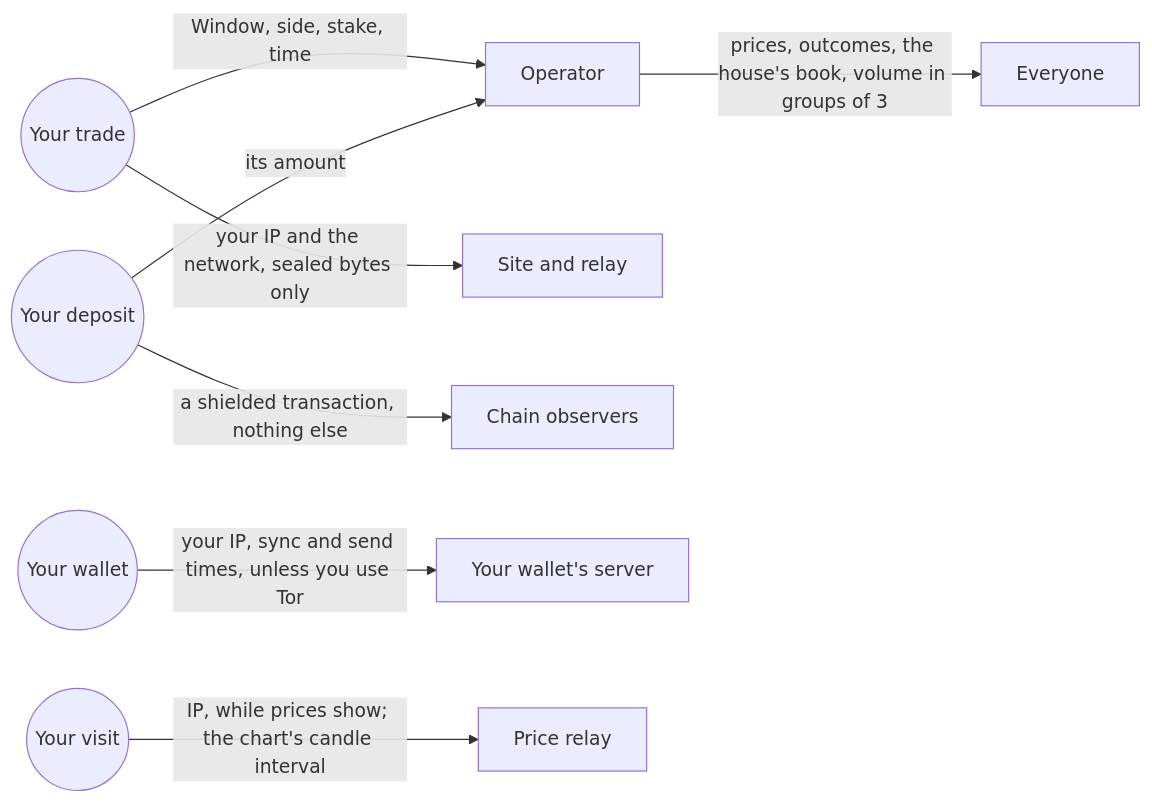
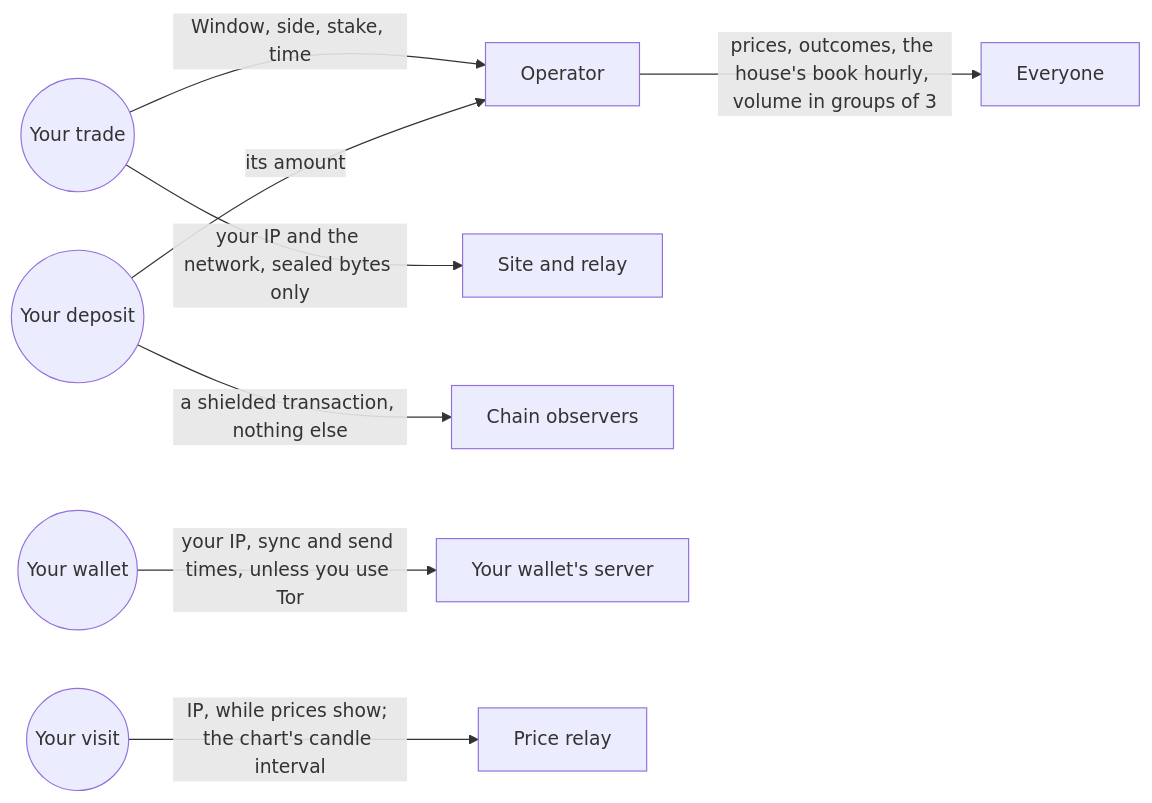
The fourth of 4 diagrams in apps/docs/content/docs/system-maps.mdx (Blockchain-Oracle/kakure), drawn with Mermaid before and after one commit. The commit also changed 8 other files, not shown here.

````diff
--- a/apps/docs/content/docs/system-maps.mdx
+++ b/apps/docs/content/docs/system-maps.mdx
@@ -77,10 +77,10 @@
 ```mermaid
 flowchart LR
   trade((Your trade)) -->|"Window, side, stake, time"| op[Operator]
   trade -->|"your IP and the network, sealed bytes only"| relay[Site and relay]
   deposit((Your deposit)) -->|"a shielded transaction, nothing else"| chain[Chain observers]
   deposit -->|"its amount"| op
   wallet((Your wallet)) -->|"your IP, sync and send times, unless you use Tor"| server[Your wallet's server]
   visit((Your visit)) -->|"IP, while prices show; the chart's candle interval"| prices[Price relay]
-  op -->|"prices, outcomes, the house's book, volume in groups of 3"| public[Everyone]
+  op -->|"prices, outcomes, the house's book hourly, volume in groups of 3"| public[Everyone]
 ```
````
